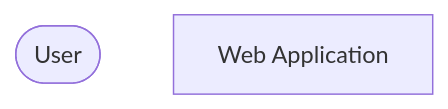
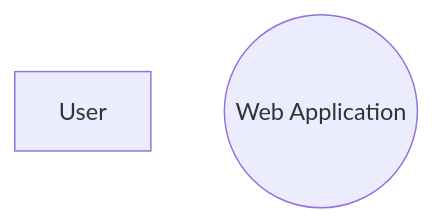
One commit to mrmatho/10dt-slides changed the first of 2 diagrams in pages/30_designing_a_web_app.md. Above: the diagram before and after it, drawn with Mermaid. The commit also changed other lines of this file and 33 other files, not shown here.

````diff
--- a/pages/30_designing_a_web_app.md
+++ b/pages/30_designing_a_web_app.md
@@ -24,4 +25,4 @@
 ```mermaid
 flowchart LR
-    U([User]) ~~~ A[Web Application]
+    U[User] ~~~ A((Web Application))
 ```
````
